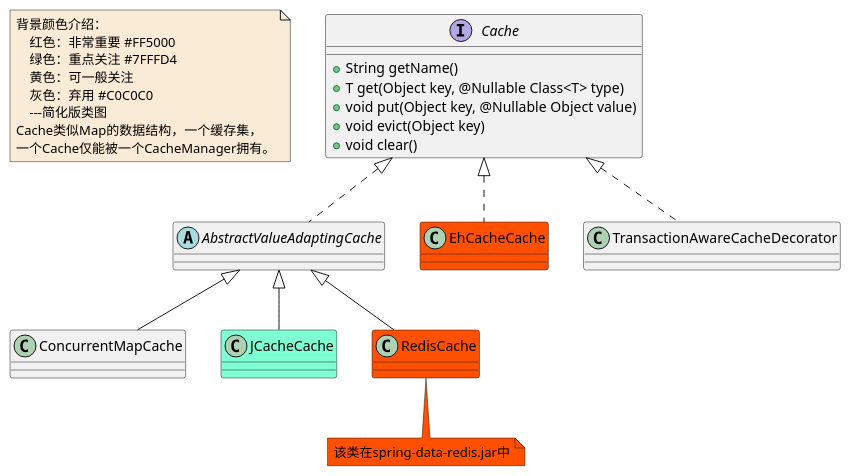
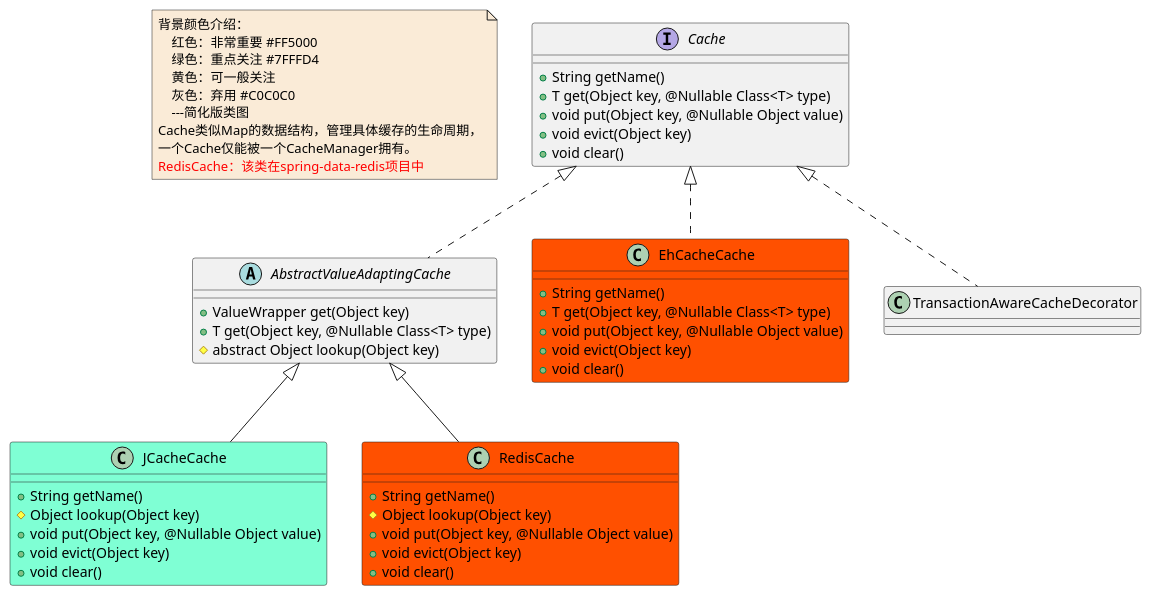
The diagram in document/spring/data/class/Cache-Cache-class.puml (czwer/learn-spring-code), drawn with PlantUML before and after one commit. The commit also changed 14 other files, not shown here.

Commit message:
修改缓存类图，时序图

```diff
--- a/document/spring/data/class/Cache-Cache-class.puml
+++ b/document/spring/data/class/Cache-Cache-class.puml
@@ -1,43 +1,59 @@
 @startuml
 
 note  as N1 #FAEBD7
     背景颜色介绍：
         红色：非常重要 #FF5000
         绿色：重点关注 #7FFFD4
         黄色：可一般关注
         灰色：弃用 #C0C0C0
         ---简化版类图
-    Cache类似Map的数据结构，一个缓存集，
+    Cache类似Map的数据结构，管理具体缓存的生命周期，
     一个Cache仅能被一个CacheManager拥有。
+    <font color=red>RedisCache：该类在spring-data-redis项目中</font>
 end note
 
 
 interface Cache
 Cache : +String getName()
 Cache : +T get(Object key, @Nullable Class<T> type)
 Cache : +void put(Object key, @Nullable Object value)
 Cache : +void evict(Object key)
 Cache : +void clear()
 abstract class AbstractValueAdaptingCache
-class ConcurrentMapCache
+AbstractValueAdaptingCache : +ValueWrapper get(Object key)
+AbstractValueAdaptingCache : +T get(Object key, @Nullable Class<T> type)
+AbstractValueAdaptingCache : #abstract Object lookup(Object key)
 class EhCacheCache #FF5000
+EhCacheCache : +String getName()
+EhCacheCache : +T get(Object key, @Nullable Class<T> type)
+EhCacheCache : +void put(Object key, @Nullable Object value)
+EhCacheCache : +void evict(Object key)
+EhCacheCache : +void clear()
 class JCacheCache #7FFFD4
+JCacheCache : +String getName()
+JCacheCache : #Object lookup(Object key)
+JCacheCache : +void put(Object key, @Nullable Object value)
+JCacheCache : +void evict(Object key)
+JCacheCache : +void clear()
 class RedisCache #FF5000
-note bottom #FF5000:该类在spring-data-redis.jar中
+RedisCache : +String getName()
+RedisCache : #Object lookup(Object key)
+RedisCache : +void put(Object key, @Nullable Object value)
+RedisCache : +void evict(Object key)
+RedisCache : +void clear()
 class TransactionAwareCacheDecorator
 
 
 Cache <|.. AbstractValueAdaptingCache
 Cache <|.. EhCacheCache
 Cache <|.. TransactionAwareCacheDecorator
 
 
 
-AbstractValueAdaptingCache <|-- ConcurrentMapCache
 AbstractValueAdaptingCache <|-- JCacheCache
 AbstractValueAdaptingCache <|-- RedisCache
 
 
 
 
 @enduml
```
